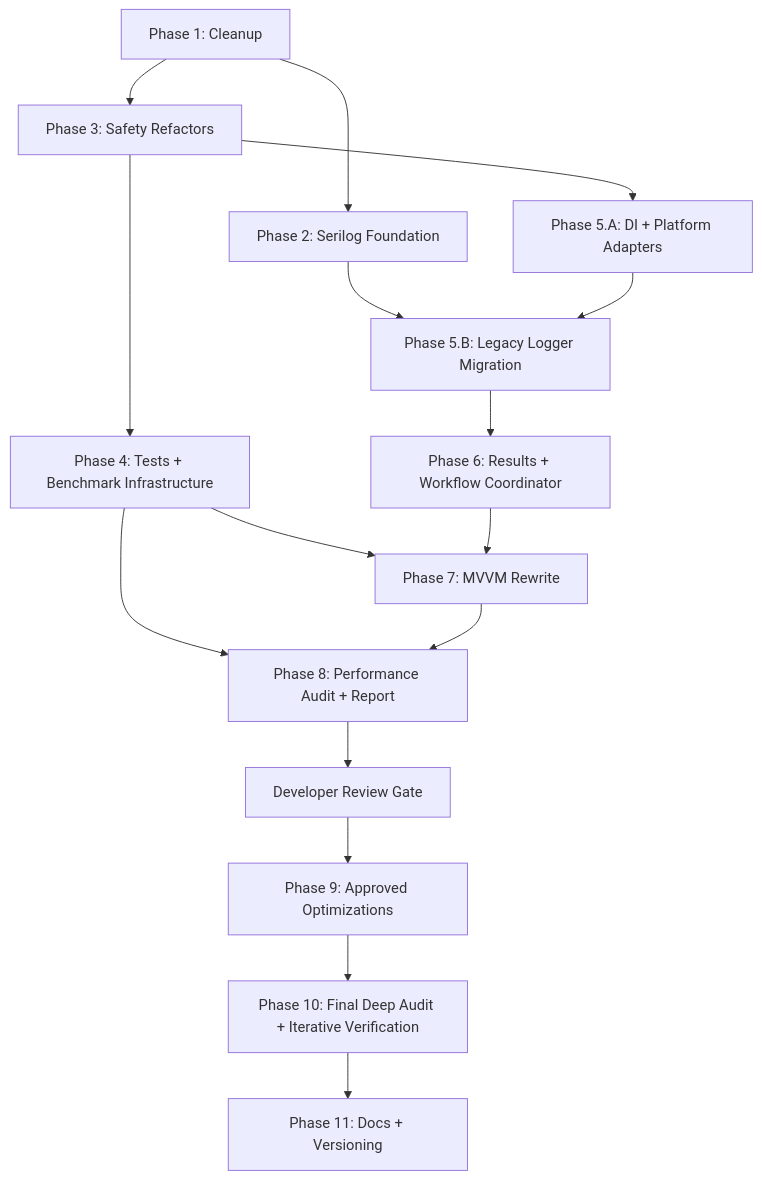
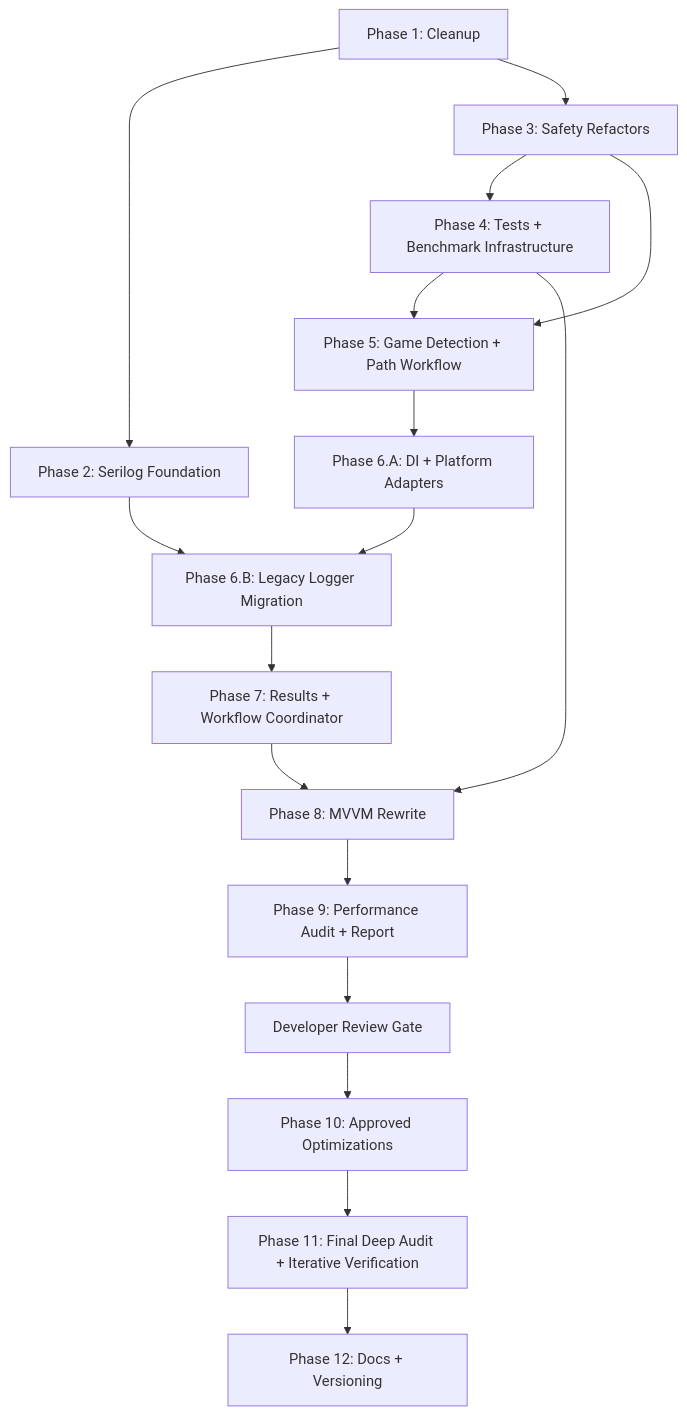
The diagram in docs/refactor/refactor_master_plan.md (ThelianTech-Studios/CalradiaForge), drawn with Mermaid before and after one commit. The commit also changed other lines of this file and 20 other files, not shown here.

````diff
--- a/docs/refactor/refactor_master_plan.md
+++ b/docs/refactor/refactor_master_plan.md
@@ -161,32 +163,34 @@
 ```mermaid
 flowchart TD
     P1["Phase 1: Cleanup"]
     P2["Phase 2: Serilog Foundation"]
     P3["Phase 3: Safety Refactors"]
     P4["Phase 4: Tests + Benchmark Infrastructure"]
-    P5A["Phase 5.A: DI + Platform Adapters"]
-    P5B["Phase 5.B: Legacy Logger Migration"]
-    P6["Phase 6: Results + Workflow Coordinator"]
-    P7["Phase 7: MVVM Rewrite"]
-    P8["Phase 8: Performance Audit + Report"]
-    G8["Developer Review Gate"]
-    P9["Phase 9: Approved Optimizations"]
-    P10["Phase 10: Final Deep Audit + Iterative Verification"]
-    P11["Phase 11: Docs + Versioning"]
+    P5["Phase 5: Game Detection + Path Workflow"]
+    P6A["Phase 6.A: DI + Platform Adapters"]
+    P6B["Phase 6.B: Legacy Logger Migration"]
+    P7["Phase 7: Results + Workflow Coordinator"]
+    P8["Phase 8: MVVM Rewrite"]
+    P9["Phase 9: Performance Audit + Report"]
+    G9["Developer Review Gate"]
+    P10["Phase 10: Approved Optimizations"]
+    P11["Phase 11: Final Deep Audit + Iterative Verification"]
+    P12["Phase 12: Docs + Versioning"]
 
     P1 --> P2
     P1 --> P3
     P3 --> P4
-    P3 --> P5A
-    P2 --> P5B
-    P5A --> P5B
-    P5B --> P6
-    P4 --> P7
-    P6 --> P7
+    P3 --> P5
+    P4 --> P5
+    P5 --> P6A
+    P2 --> P6B
+    P6A --> P6B
+    P6B --> P7
     P4 --> P8
     P7 --> P8
-    P8 --> G8
-    G8 --> P9
-    P9 --> P10
+    P8 --> P9
+    P9 --> G9
+    G9 --> P10
     P10 --> P11
+    P11 --> P12
 ```
````
